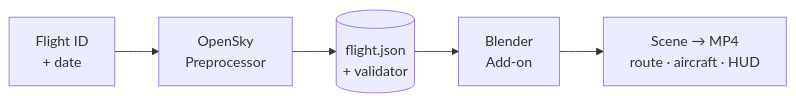
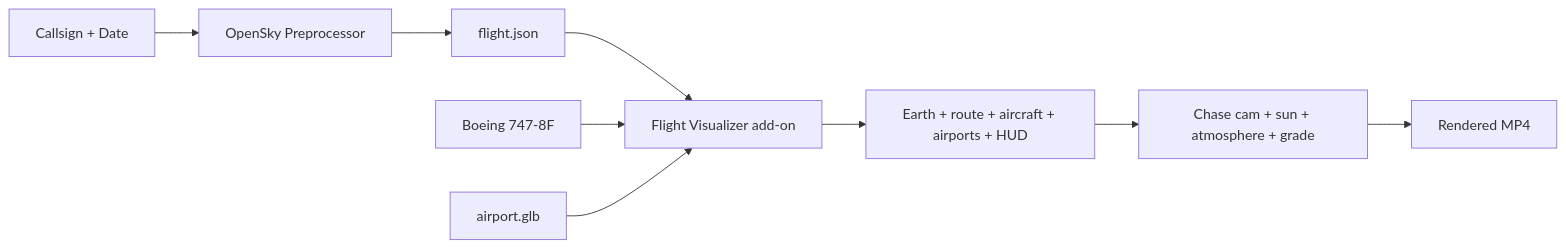
The diagram in presentation/final-presentation.md (erinc-emre/DBP), drawn with Mermaid before and after one commit. The commit also changed other lines of this file, not shown here.

Commit message:
Slides: use the README Updated Workflow diagram on the Architecture slide

````diff
--- a/presentation/final-presentation.md
+++ b/presentation/final-presentation.md
@@ -96,7 +96,11 @@
-```mermaid {scale: 0.5}
+```mermaid {scale: 0.42}
 flowchart LR
-    A[Flight ID<br/>+ date] --> B[OpenSky<br/>Preprocessor]
-    B --> C[(flight.json<br/>+ validator)]
-    C --> D[Blender<br/>Add-on]
-    D --> E[Scene → MP4<br/>route · aircraft · HUD]
+    A[Callsign + Date] --> B[OpenSky Preprocessor]
+    B --> C[flight.json]
+    C --> D[Flight Visualizer add-on]
+    E[Boeing 747-8F] --> D
+    F[airport.glb] --> D
+    D --> G[Earth + route + aircraft + airports + HUD]
+    G --> H[Chase cam + sun + atmosphere + grade]
+    H --> I[Rendered MP4]
 ```
````
